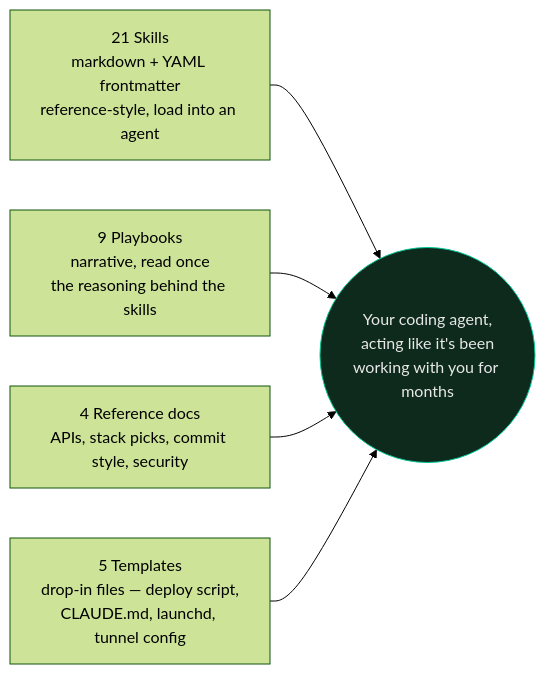
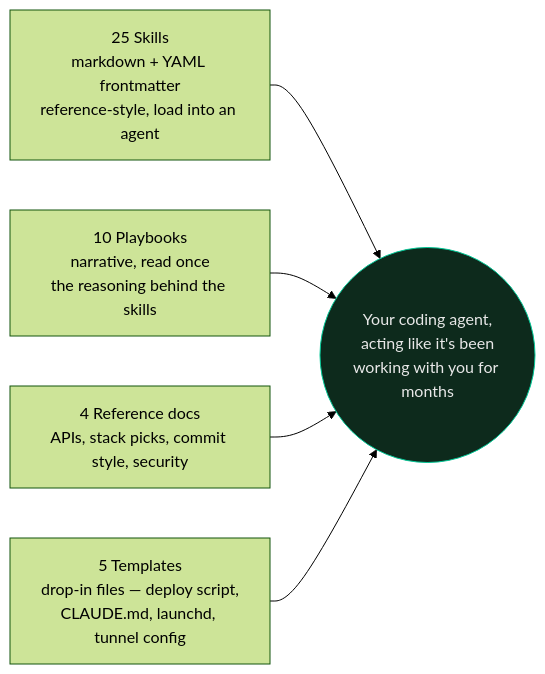
Before and after one commit to Nonarkara/dr-non-vibecoding-skills: the first of 3 diagrams in README.md, drawn with Mermaid (forest theme). The commit also changed other lines of this file and 20 other files, not shown here.

````diff
--- a/README.md
+++ b/README.md
@@ -49,14 +49,14 @@
 ```mermaid
 flowchart LR
-    S["21 Skills\nmarkdown + YAML frontmatter\nreference-style, load into an agent"]
-    P["9 Playbooks\nnarrative, read once\nthe reasoning behind the skills"]
+    S["25 Skills\nmarkdown + YAML frontmatter\nreference-style, load into an agent"]
+    P["10 Playbooks\nnarrative, read once\nthe reasoning behind the skills"]
     R["4 Reference docs\nAPIs, stack picks, commit style, security"]
     T["5 Templates\ndrop-in files — deploy script,\nCLAUDE.md, launchd, tunnel config"]
 
     S --> Agent(("Your coding agent,\nacting like it's been\nworking with you for months"))
     P --> Agent
     R --> Agent
     T --> Agent
 
     style Agent fill:#0d2a1c,stroke:#00c896,color:#e8e8e8
 ```
````
